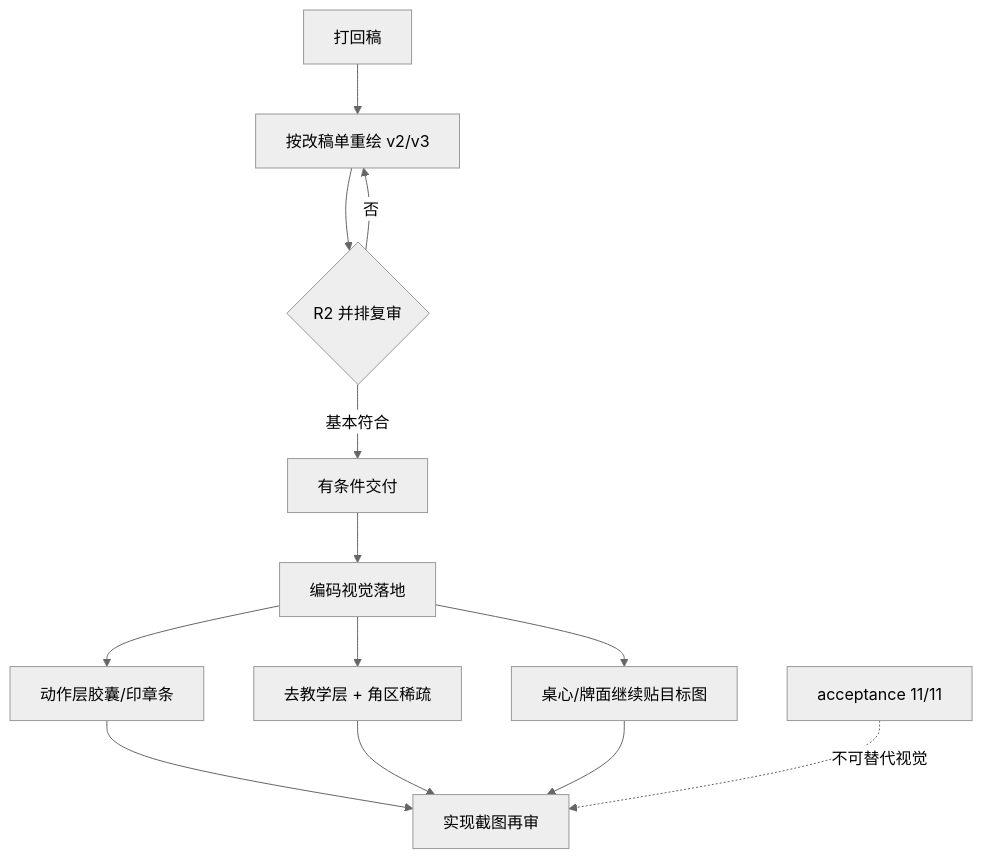
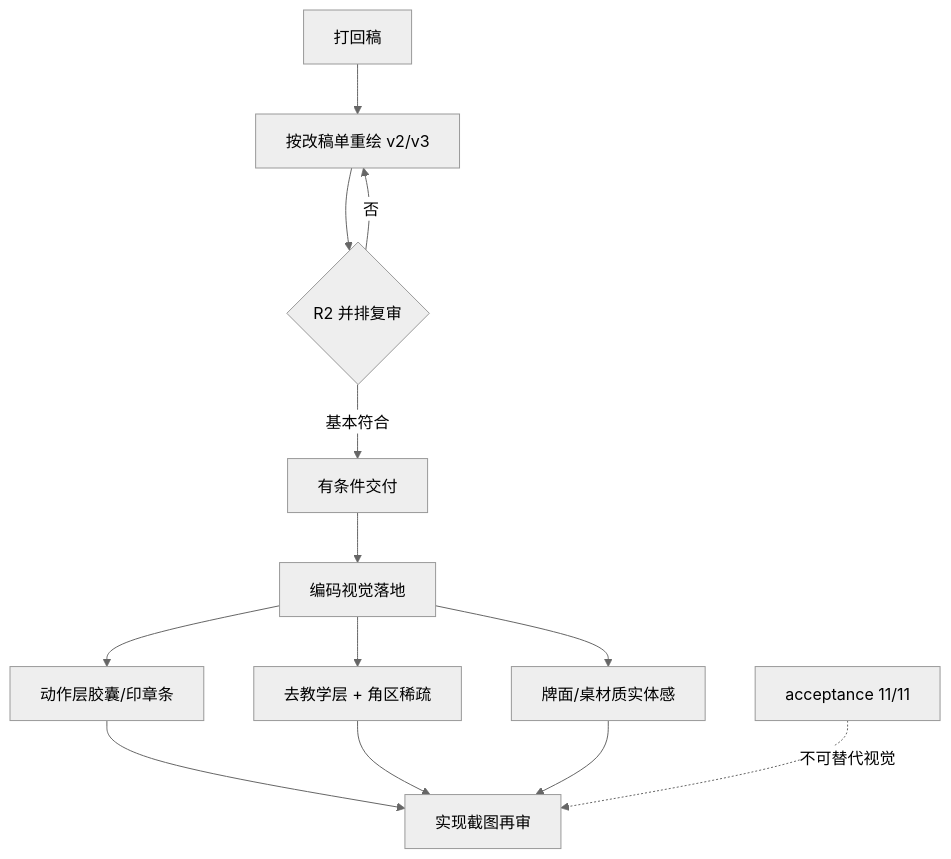
One commit to business4wangyi/majiang1 changed the diagram in docs/handoff-majiang-ui-fidelity-progress-20260917.md. Above: the diagram before and after it, drawn with Mermaid (neutral theme). The commit also changed other lines of this file and 1 other file, not shown here.

````diff
--- a/docs/handoff-majiang-ui-fidelity-progress-20260917.md
+++ b/docs/handoff-majiang-ui-fidelity-progress-20260917.md
@@ -9,15 +9,15 @@
 ```mermaid
 flowchart TD
   A[打回稿] --> B[按改稿单重绘 v2/v3]
   B --> C{R2 并排复审}
   C -->|基本符合| D[有条件交付]
   D --> E[编码视觉落地]
   E --> E1[动作层胶囊/印章条]
   E --> E2[去教学层 + 角区稀疏]
-  E --> E3[桌心/牌面继续贴目标图]
+  E --> E3[牌面/桌材质实体感]
   E1 --> F[实现截图再审]
   E2 --> F
   E3 --> F
   C -->|否| B
   G[acceptance 11/11] -.->|不可替代视觉| F
 ```
````
